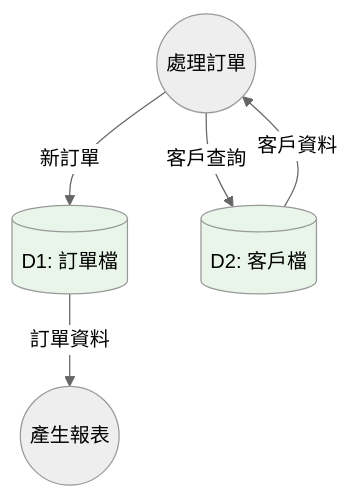
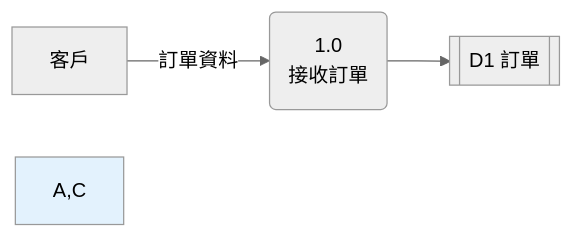
One commit to chihhung/Blog changed diagram 12 of 35 in content/posts/教學/分析與設計/資料流程圖(DFD)教學.md. Above: the diagram before and after it, drawn with Mermaid (neutral theme). The commit also changed other lines of this file and 1 other file, not shown here.

````diff
--- a/content/posts/教學/分析與設計/資料流程圖(DFD)教學.md
+++ b/content/posts/教學/分析與設計/資料流程圖(DFD)教學.md
@@ -457,10 +945,6 @@
 ```mermaid
-graph TD
-    A((處理訂單)) -->|新訂單| B[(D1: 訂單檔)]
-    A -->|客戶查詢| C[(D2: 客戶檔)]
-    C -->|客戶資料| A
-    B -->|訂單資料| D((產生報表))
-    
-    style B fill:#e8f5e8
-    style C fill:#e8f5e8
+flowchart LR
+    A["客戶"] -->|訂單資料| B("1.0<br/>接收訂單")
+    B --> C[["D1 訂單"]]
+    style A,C fill:#e3f2fd
 ```
````
